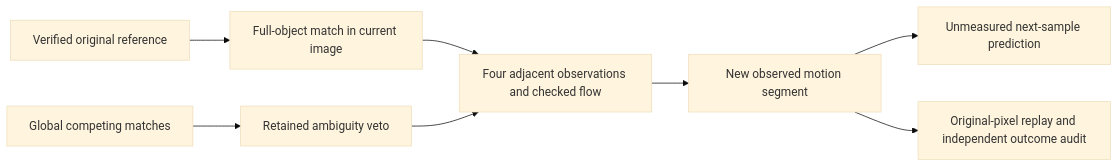
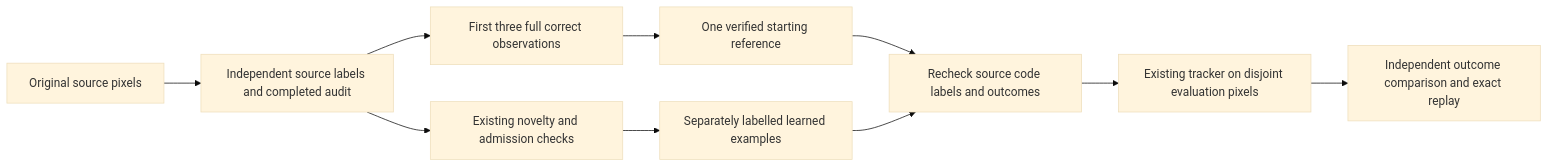
One commit to eyeoverthink/Fraynix-Agent-Workspace changed the diagram in README.md. Above: the diagram before and after it, drawn with Mermaid (base theme). The commit also changed other lines of this file and 184 other files, not shown here.

Commit message:
Document edition 150 verified starting references and bounded recording

````diff
--- a/README.md
+++ b/README.md
@@ -46,10 +63,12 @@
 ```mermaid
 flowchart LR
-    S[Verified original reference] --> M[Full-object match in current image]
-    G[Global competing matches] --> V[Retained ambiguity veto]
-    M --> C[Four adjacent observations and checked flow]
-    V --> C
-    C --> H[New observed motion segment]
-    H --> P[Unmeasured next-sample prediction]
-    H --> A[Original-pixel replay and independent outcome audit]
+    P[Original source pixels] --> A[Independent source labels and completed audit]
+    A --> S[First three full correct observations]
+    S --> R[One verified starting reference]
+    A --> N[Existing novelty and admission checks]
+    N --> L[Separately labelled learned examples]
+    R --> V[Recheck source code labels and outcomes]
+    L --> V
+    V --> T[Existing tracker on disjoint evaluation pixels]
+    T --> O[Independent outcome comparison and exact replay]
 ```
````
